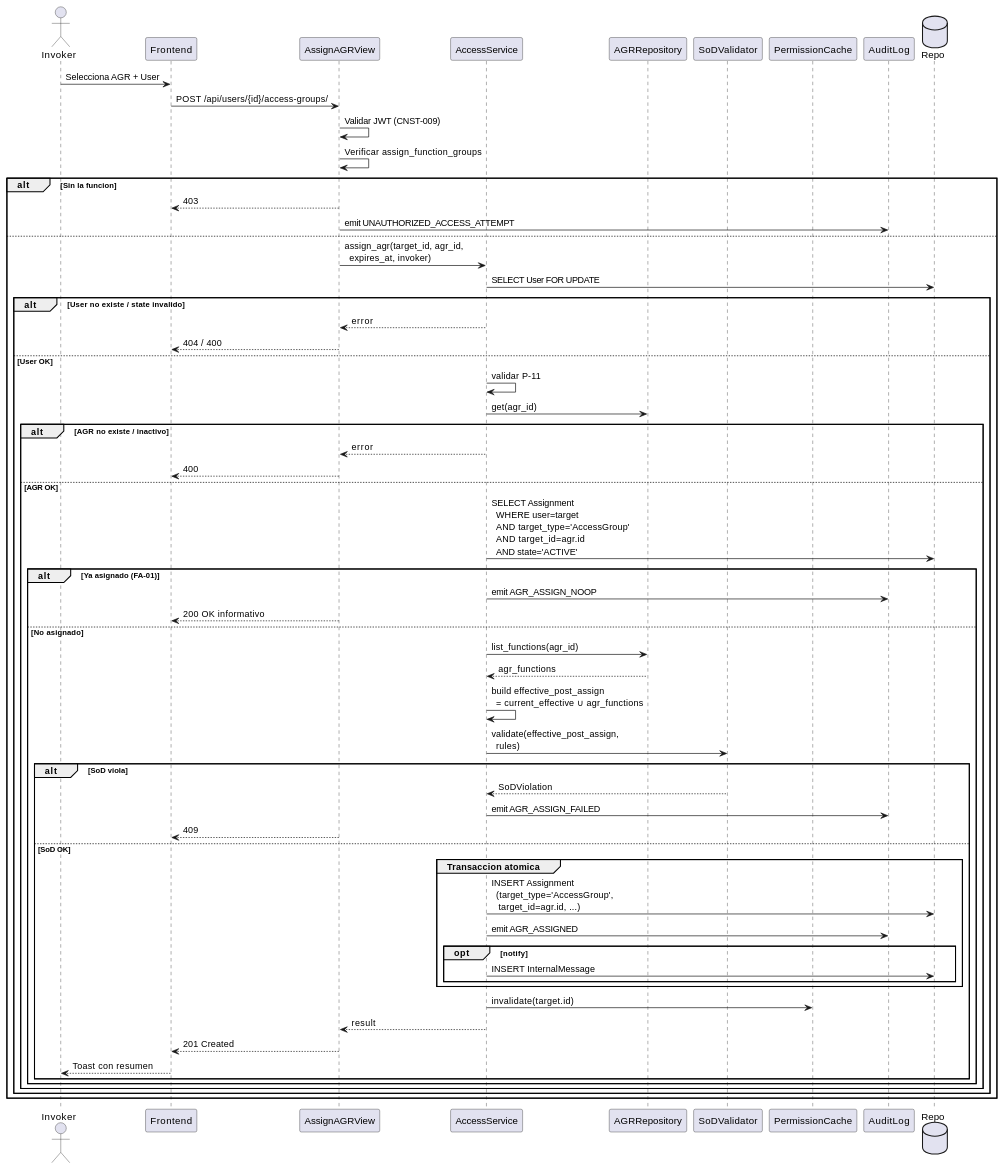
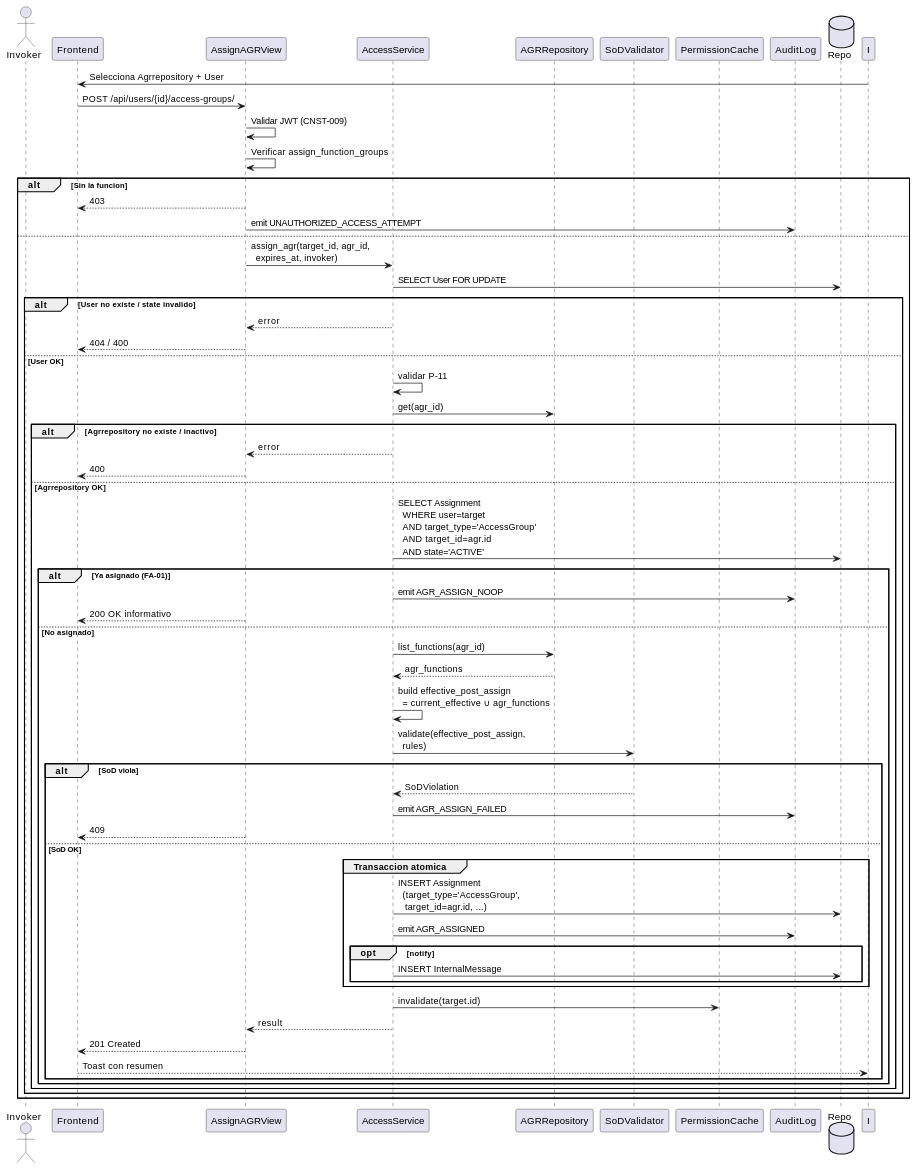
One commit to jcg-admin/IACT-docs changed the second of 4 diagrams in source/requisitos/casos-uso/access/uc-acc-04/diagramas-uml.rst. Above: the diagram before and after it, drawn with PlantUML. The commit also changed other lines of this file and 79 other files, not shown here.

First line of the commit message:
Sweep cryptic aliases in UC diagramas-uml files

```diff
--- a/source/requisitos/casos-uso/access/uc-acc-04/diagramas-uml.rst
+++ b/source/requisitos/casos-uso/access/uc-acc-04/diagramas-uml.rst
@@ -49,69 +49,69 @@
 .. uml::
  :caption: UC_ACC_04 — flujo principal
 
  @startuml
 
- actor Invoker as I
- participant "Frontend" as FE
- participant "AssignAGRView" as AV
- participant "AccessService" as AS
- participant "AGRRepository" as AGR
- participant "SoDValidator" as SV
- participant "PermissionCache" as PC
- participant "AuditLog" as AL
- database "Repo" as DB
+ actor Invoker as Invoker
+ participant "Frontend" as Frontend
+ participant "AssignAGRView" as Assignagrview
+ participant "AccessService" as Accessservice
+ participant "AGRRepository" as Agrrepository
+ participant "SoDValidator" as Sodvalidator
+ participant "PermissionCache" as Permissioncache
+ participant "AuditLog" as Auditlog
+ database "Repo" as Repo
 
- I -> FE: Selecciona AGR + User
- FE -> AV: POST /api/users/{id}/access-groups/
+ I -> Frontend: Selecciona Agrrepository + User
+ Frontend -> Assignagrview: POST /api/users/{id}/access-groups/
 
- AV -> AV: Validar JWT (CNST-009)
- AV -> AV: Verificar assign_function_groups
+ Assignagrview -> Assignagrview: Validar JWT (CNST-009)
+ Assignagrview -> Assignagrview: Verificar assign_function_groups
  alt Sin la funcion
-   AV --> FE: 403
-   AV -> AL: emit UNAUTHORIZED_ACCESS_ATTEMPT
+   Assignagrview --> Frontend: 403
+   Assignagrview -> Auditlog: emit UNAUTHORIZED_ACCESS_ATTEMPT
  else
-   AV -> AS: assign_agr(target_id, agr_id,\n  expires_at, invoker)
+   Assignagrview -> Accessservice: assign_agr(target_id, agr_id,\n  expires_at, invoker)
 
-   AS -> DB: SELECT User FOR UPDATE
+   Accessservice -> Repo: SELECT User FOR UPDATE
    alt User no existe / state invalido
-     AS --> AV: error
-     AV --> FE: 404 / 400
+     Accessservice --> Assignagrview: error
+     Assignagrview --> Frontend: 404 / 400
    else User OK
-     AS -> AS: validar P-11
-     AS -> AGR: get(agr_id)
-     alt AGR no existe / inactivo
-       AS --> AV: error
-       AV --> FE: 400
-     else AGR OK
-       AS -> DB: SELECT Assignment\n  WHERE user=target\n  AND target_type='AccessGroup'\n  AND target_id=agr.id\n  AND state='ACTIVE'
+     Accessservice -> Accessservice: validar P-11
+     Accessservice -> Agrrepository: get(agr_id)
+     alt Agrrepository no existe / inactivo
+       Accessservice --> Assignagrview: error
+       Assignagrview --> Frontend: 400
+     else Agrrepository OK
+       Accessservice -> Repo: SELECT Assignment\n  WHERE user=target\n  AND target_type='AccessGroup'\n  AND target_id=agr.id\n  AND state='ACTIVE'
        alt Ya asignado (FA-01)
-         AS -> AL: emit AGR_ASSIGN_NOOP
-         AV --> FE: 200 OK informativo
+         Accessservice -> Auditlog: emit AGR_ASSIGN_NOOP
+         Assignagrview --> Frontend: 200 OK informativo
        else No asignado
-         AS -> AGR: list_functions(agr_id)
-         AGR --> AS: agr_functions
-         AS -> AS: build effective_post_assign\n  = current_effective ∪ agr_functions
-         AS -> SV: validate(effective_post_assign,\n  rules)
+         Accessservice -> Agrrepository: list_functions(agr_id)
+         Agrrepository --> Accessservice: agr_functions
+         Accessservice -> Accessservice: build effective_post_assign\n  = current_effective ∪ agr_functions
+         Accessservice -> Sodvalidator: validate(effective_post_assign,\n  rules)
          alt SoD viola
-           SV --> AS: SoDViolation
-           AS -> AL: emit AGR_ASSIGN_FAILED
-           AV --> FE: 409
+           Sodvalidator --> Accessservice: SoDViolation
+           Accessservice -> Auditlog: emit AGR_ASSIGN_FAILED
+           Assignagrview --> Frontend: 409
          else SoD OK
            group Transaccion atomica
-             AS -> DB: INSERT Assignment\n  (target_type='AccessGroup',\n   target_id=agr.id, ...)
-             AS -> AL: emit AGR_ASSIGNED
+             Accessservice -> Repo: INSERT Assignment\n  (target_type='AccessGroup',\n   target_id=agr.id, ...)
+             Accessservice -> Auditlog: emit AGR_ASSIGNED
              opt notify
-               AS -> DB: INSERT InternalMessage
+               Accessservice -> Repo: INSERT InternalMessage
              end
            end
-           AS -> PC: invalidate(target.id)
-           AS --> AV: result
-           AV --> FE: 201 Created
-           FE --> I: Toast con resumen
+           Accessservice -> Permissioncache: invalidate(target.id)
+           Accessservice --> Assignagrview: result
+           Assignagrview --> Frontend: 201 Created
+           Frontend --> I: Toast con resumen
          end
        end
      end
    end
  end
 
  @enduml
```
